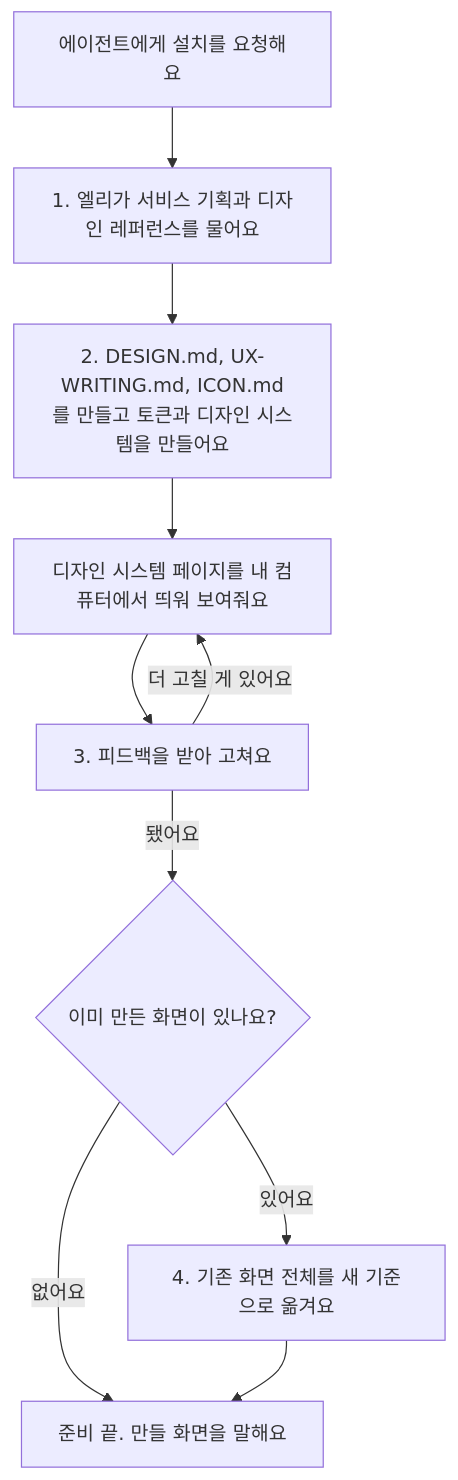
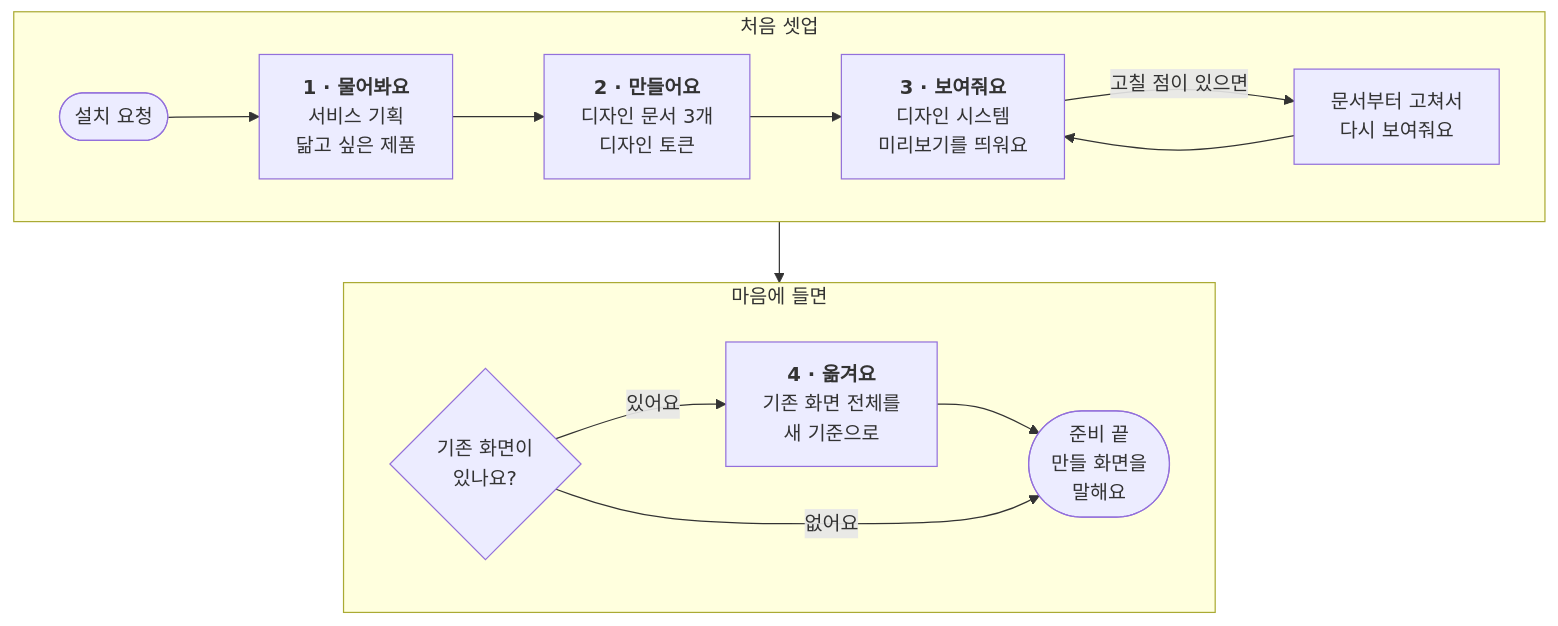
The diagram in README.md (ELI-LDS/ELI), drawn with Mermaid before and after one commit.

Commit message:
docs(readme): 엘리 합류 흐름 다이어그램을 두 줄 구조로 정리 (#91)
* docs(readme): 엘리 합류 흐름 다이어그램을 두 줄 구조로 정리

* docs(readme): 다이어그램 문구가 어색하게 줄바꿈되지 않도록 줄이기

````diff
--- a/README.md
+++ b/README.md
@@ -44,12 +44,18 @@
 ```mermaid
-flowchart TD
-  Start["에이전트에게 설치를 요청해요"] --> Ask["1. 엘리가 서비스 기획과 디자인 레퍼런스를 물어요"]
-  Ask --> Make["2. DESIGN.md, UX-WRITING.md, ICON.md를 만들고 토큰과 디자인 시스템을 만들어요"]
-  Make --> Show["디자인 시스템 페이지를 내 컴퓨터에서 띄워 보여줘요"]
-  Show --> Feedback["3. 피드백을 받아 고쳐요"]
-  Feedback -->|"더 고칠 게 있어요"| Show
-  Feedback -->|"됐어요"| Check{"이미 만든 화면이 있나요?"}
-  Check -->|"없어요"| Done["준비 끝. 만들 화면을 말해요"]
-  Check -->|"있어요"| Refactor["4. 기존 화면 전체를 새 기준으로 옮겨요"]
-  Refactor --> Done
+flowchart TB
+  subgraph R1["처음 셋업"]
+    direction LR
+    A(["설치 요청"]) --> B["<b>1 · 물어봐요</b><br/>서비스 기획<br/>닮고 싶은 제품"]
+    B --> C["<b>2 · 만들어요</b><br/>디자인 문서 3개<br/>디자인 토큰"]
+    C --> D["<b>3 · 보여줘요</b><br/>디자인 시스템<br/>미리보기를 띄워요"]
+    D -- "고칠 점이 있으면" --> E["문서부터 고쳐서<br/>다시 보여줘요"]
+    E --> D
+  end
+  subgraph R2["마음에 들면"]
+    direction LR
+    F{"기존 화면이<br/>있나요?"} -- "있어요" --> G["<b>4 · 옮겨요</b><br/>기존 화면 전체를<br/>새 기준으로"]
+    G --> H(["준비 끝<br/>만들 화면을<br/>말해요"])
+    F -- "없어요" --> H
+  end
+  R1 --> R2
 ```
````
